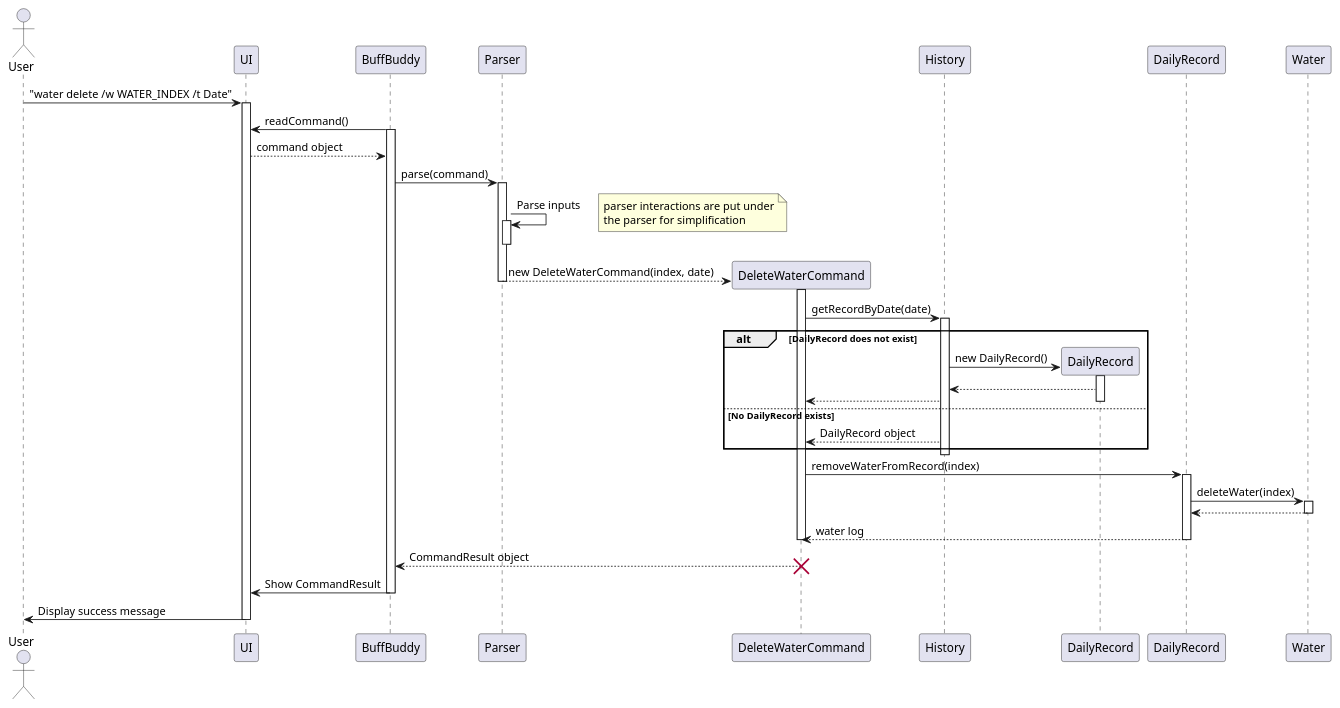
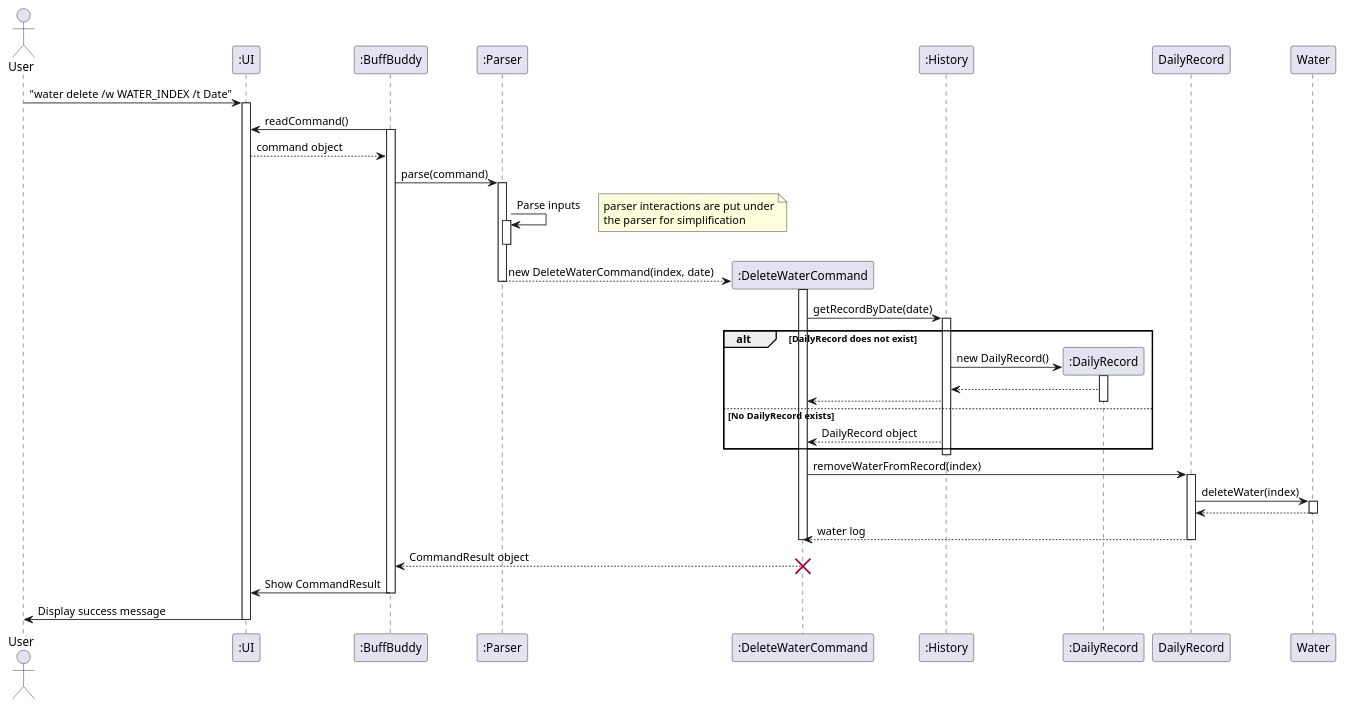
Before and after one commit to nus-cs2113-AY2425S1/tp: the diagram in docs/diagrams/deleteWaterSequenceDiagram.puml, drawn with PlantUML. The commit also changed 8 other files, not shown here.

```diff
--- a/docs/diagrams/deleteWaterSequenceDiagram.puml
+++ b/docs/diagrams/deleteWaterSequenceDiagram.puml
@@ -1,71 +1,71 @@
 @startuml
 
 actor User
-participant "UI" as UI
-participant "BuffBuddy" as BB
-participant "Parser" as Parser
-participant "DeleteWaterCommand" as Cmd
-participant "History" as History
-participant "DailyRecord" as DailyRec
+participant ":UI" as UI
+participant ":BuffBuddy" as BB
+participant ":Parser" as Parser
+participant ":DeleteWaterCommand" as Cmd
+participant ":History" as History
+participant ":DailyRecord" as DailyRec
 
 User -> UI: "water delete /w WATER_INDEX /t Date"
 activate UI
 BB -> UI: readCommand()
 activate BB
 UI --> BB: command object
 BB -> Parser: parse(command)
 activate Parser
 Parser -> Parser : Parse inputs
 note right
 parser interactions are put under
 the parser for simplification
 end note
 activate Parser
 deactivate Parser
 create Cmd
 Parser --> Cmd: new DeleteWaterCommand(index, date)
 deactivate Parser
 
 activate Cmd
 
 Cmd -> History: getRecordByDate(date)
 activate History
 
 alt DailyRecord does not exist
   create DailyRec
   History -> DailyRec: new DailyRecord()
   activate DailyRec
   DailyRec --> History
   History --> Cmd
   deactivate DailyRec
 else No DailyRecord exists
   History --> Cmd: DailyRecord object
 end
 deactivate History
 
 activate Cmd
 Cmd -> DailyRecord: removeWaterFromRecord(index)
 activate DailyRecord
 
 DailyRecord -> Water: deleteWater(index)
 activate Water
 Water --> DailyRecord
 deactivate Water
 
 DailyRecord --> Cmd: water log
 deactivate DailyRecord
 
 deactivate Cmd
 
 
 Cmd --> BB: CommandResult object
 deactivate Cmd
 destroy Cmd
 
 BB -> UI: Show CommandResult
 deactivate BB
 
 UI -> User: Display success message
 deactivate UI
 
 @enduml
```
